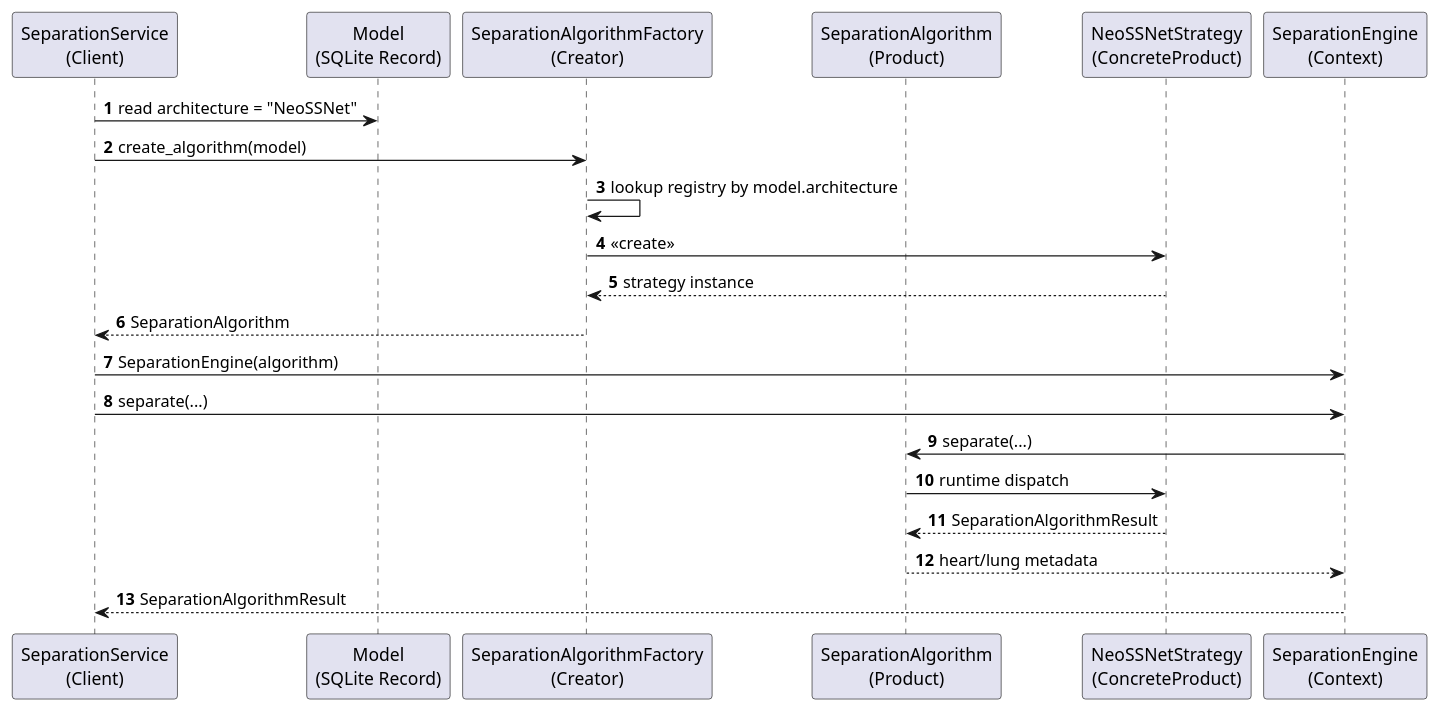
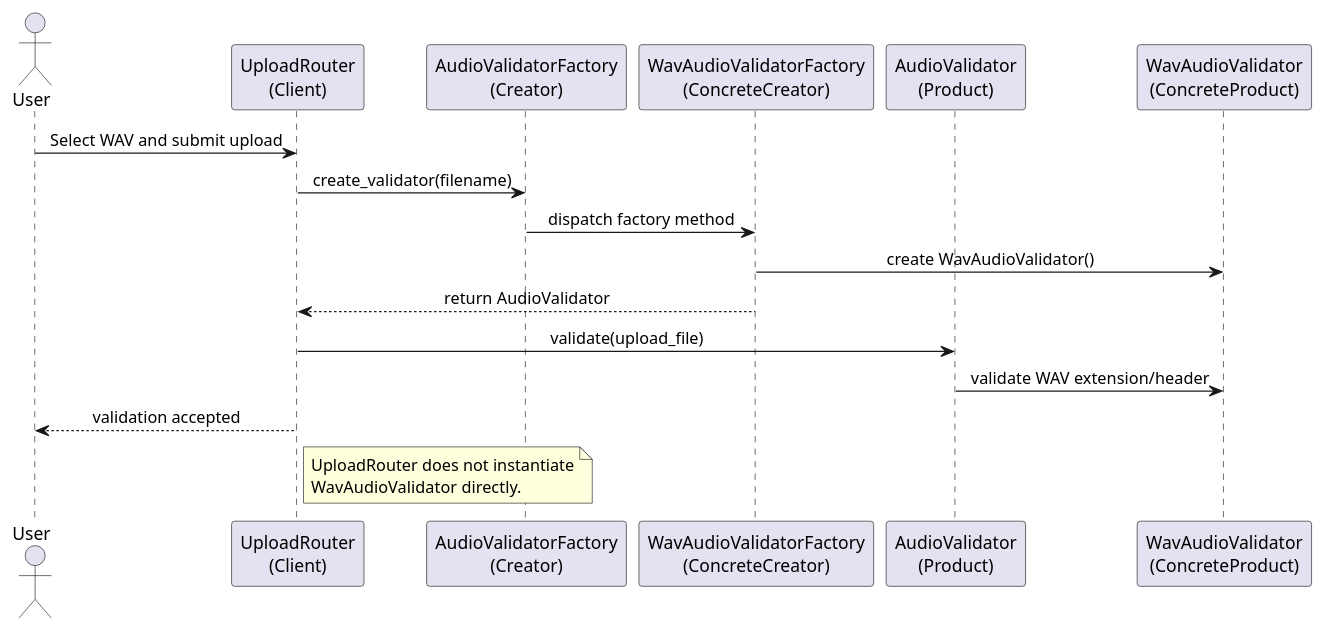
Before and after one commit to ASHRAF-2004/Machine-Learning-Based-System-for-Cardiopulmonary-Sound-Separation: the diagram in docs/software_design_report/diagrams/puml/factory_method_sequence.puml, drawn with PlantUML. The commit also changed 66 other files, not shown here.

```diff
--- a/docs/software_design_report/diagrams/puml/factory_method_sequence.puml
+++ b/docs/software_design_report/diagrams/puml/factory_method_sequence.puml
@@ -1,29 +1,29 @@
 @startuml
-' Factory Method Pattern sequence diagram for algorithm selection.
+' Factory Method sequence for upload audio validation.
 ' Suggested LaTeX placement: normal page.
 
 skinparam shadowing false
-autonumber
+skinparam sequenceMessageAlign center
 
-participant "SeparationService\n(Client)" as Service
-participant "Model\n(SQLite Record)" as Model
-participant "SeparationAlgorithmFactory\n(Creator)" as Factory
-participant "SeparationAlgorithm\n(Product)" as Product
-participant "NeoSSNetStrategy\n(ConcreteProduct)" as NeoSSNet
-participant "SeparationEngine\n(Context)" as Engine
+actor User
+participant "UploadRouter\n(Client)" as UploadRouter
+participant "AudioValidatorFactory\n(Creator)" as Creator
+participant "WavAudioValidatorFactory\n(ConcreteCreator)" as ConcreteCreator
+participant "AudioValidator\n(Product)" as Product
+participant "WavAudioValidator\n(ConcreteProduct)" as ConcreteProduct
 
-Service -> Model : read architecture = "NeoSSNet"
-Service -> Factory : create_algorithm(model)
-Factory -> Factory : lookup registry by model.architecture
-Factory -> NeoSSNet : <<create>>
-NeoSSNet --> Factory : strategy instance
-Factory --> Service : SeparationAlgorithm
-Service -> Engine : SeparationEngine(algorithm)
-Service -> Engine : separate(...)
-Engine -> Product : separate(...)
-Product -> NeoSSNet : runtime dispatch
-NeoSSNet --> Product : SeparationAlgorithmResult
-Product --> Engine : heart/lung metadata
-Engine --> Service : SeparationAlgorithmResult
+User -> UploadRouter : Select WAV and submit upload
+UploadRouter -> Creator : create_validator(filename)
+Creator -> ConcreteCreator : dispatch factory method
+ConcreteCreator -> ConcreteProduct : create WavAudioValidator()
+ConcreteCreator --> UploadRouter : return AudioValidator
+UploadRouter -> Product : validate(upload_file)
+Product -> ConcreteProduct : validate WAV extension/header
+UploadRouter --> User : validation accepted
+
+note right of UploadRouter
+  UploadRouter does not instantiate
+  WavAudioValidator directly.
+end note
 
 @enduml
```
